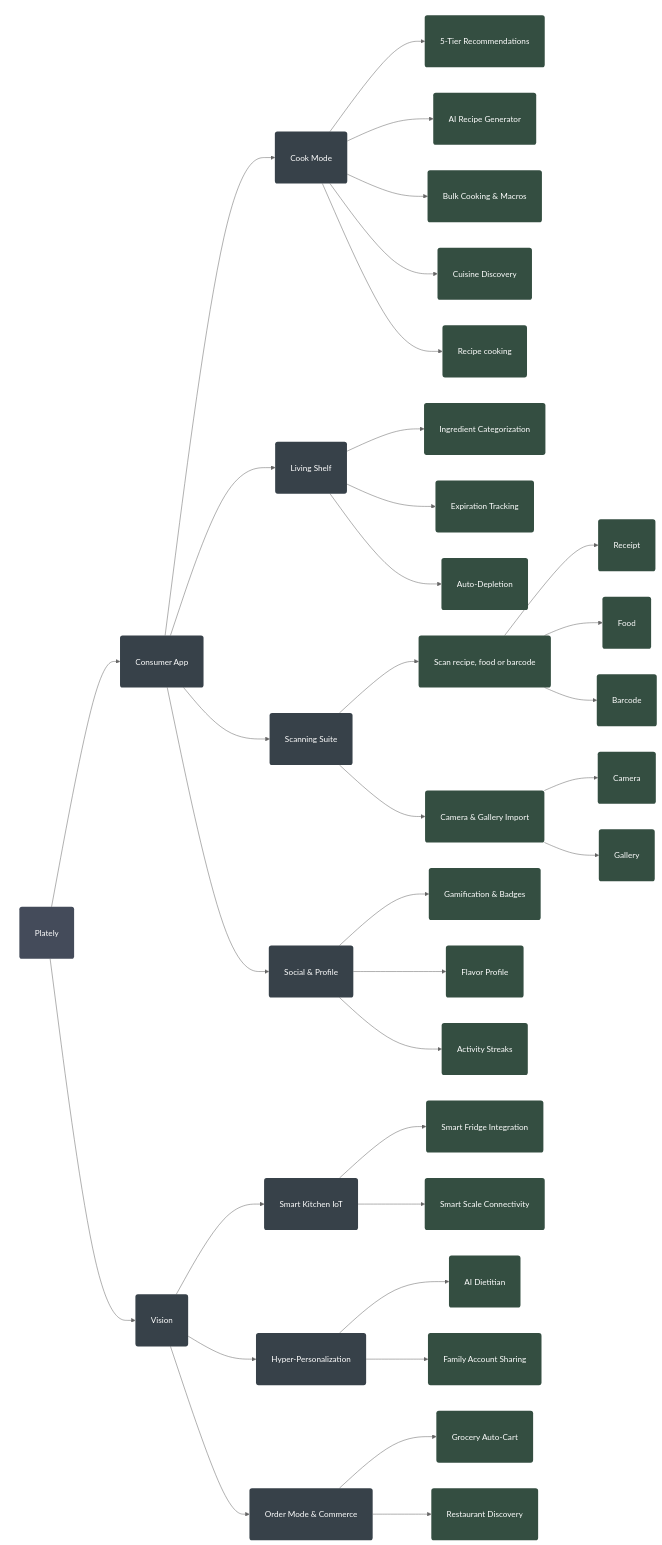
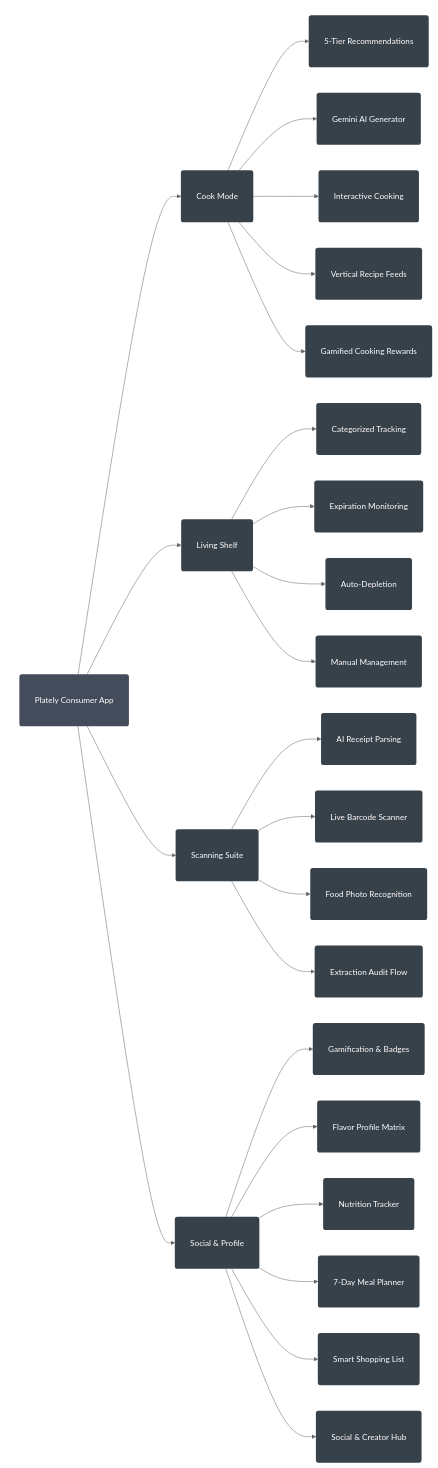
One commit to shukurillo0526/Plately changed the diagram in docs/ECOSYSTEM.md. Above: the diagram before and after it, drawn with Mermaid (neutral theme). The commit also changed other lines of this file, not shown here.

Commit message:
docs: deeply overhaul ecosystem map to perfectly match the 4 launch tabs based on the actual codebase screens

````diff
--- a/docs/ECOSYSTEM.md
+++ b/docs/ECOSYSTEM.md
@@ -41,70 +38,43 @@
 ```mermaid
 flowchart LR
     %% Styling to match the dark aesthetic
     classDef root fill:#444b5a,color:#fff,stroke:none,rx:5,ry:5,padding:20px;
     classDef level1 fill:#374149,color:#fff,stroke:none,rx:5,ry:5;
     classDef level2 fill:#374149,color:#fff,stroke:none,rx:5,ry:5;
     classDef level3 fill:#344e41,color:#fff,stroke:none,rx:5,ry:5;
 
-    Root["Plately"]:::root
+    Root["Plately Consumer App"]:::root
 
-    %% Level 1
-    Root --> App["Consumer App"]:::level1
-    Root --> Vision["Vision"]:::level1
+    %% Launch Tabs
+    Root --> Cook["Cook Mode"]:::level1
+    Root --> Shelf["Living Shelf"]:::level1
+    Root --> Scan["Scanning Suite"]:::level1
+    Root --> Profile["Social & Profile"]:::level1
 
-    %% Level 2 - App Modules
-    App --> Cook["Cook Mode"]:::level2
-    App --> Shelf["Living Shelf"]:::level2
-    App --> Scan["Scanning Suite"]:::level2
-    App --> Social["Social & Profile"]:::level2
+    %% Cook Features
+    Cook --> Rec["5-Tier Recommendations"]:::level2
+    Cook --> Gen["Gemini AI Generator"]:::level2
+    Cook --> Exec["Interactive Cooking"]:::level2
+    Cook --> Feed["Vertical Recipe Feeds"]:::level2
+    Cook --> Rew["Gamified Cooking Rewards"]:::level2
 
-    %% Level 3 - Cook
-    Cook --> Rec["5-Tier Recommendations"]:::level3
-    Cook --> Gen["AI Recipe Generator"]:::level3
-    Cook --> Bulk["Bulk Cooking & Macros"]:::level3
-    Cook --> Cuis["Cuisine Discovery"]:::level3
-    Cook --> Rcook["Recipe cooking"]:::level3
+    %% Shelf Features
+    Shelf --> Cat["Categorized Tracking"]:::level2
+    Shelf --> Exp["Expiration Monitoring"]:::level2
+    Shelf --> Dep["Auto-Depletion"]:::level2
+    Shelf --> Man["Manual Management"]:::level2
 
-    %% Level 3 - Shelf
-    Shelf --> Cat["Ingredient Categorization"]:::level3
-    Shelf --> Exp["Expiration Tracking"]:::level3
-    Shelf --> Dep["Auto-Depletion"]:::level3
+    %% Scan Features
+    Scan --> Receipt["AI Receipt Parsing"]:::level2
+    Scan --> Barcode["Live Barcode Scanner"]:::level2
+    Scan --> Photo["Food Photo Recognition"]:::level2
+    Scan --> Audit["Extraction Audit Flow"]:::level2
 
-    %% Level 3 - Scan
-    Scan --> SFood["Scan recipe, food or barcode"]:::level3
-    Scan --> SCal["Camera & Gallery Import"]:::level3
-
-
-    %% Level 3 - Social
-    Social --> Gam["Gamification & Badges"]:::level3
-    Social --> Fla["Flavor Profile"]:::level3
-    Social --> Str["Activity Streaks"]:::level3
-
-    %% Level 2 - Vision
-    Vision --> IoT["Smart Kitchen IoT"]:::level2
-    Vision --> Hyper["Hyper-Personalization"]:::level2
-    Vision --> Order["Order Mode & Commerce"]:::level2
-
-    %% Level 3 - Vision -> IoT
-    IoT --> Fridge["Smart Fridge Integration"]:::level3
-    IoT --> Scale["Smart Scale Connectivity"]:::level3
-
-    %% Level 3 - Vision -> Hyper
-    Hyper --> Diet["AI Dietitian"]:::level3
-    Hyper --> Fam["Family Account Sharing"]:::level3
-
-    %% Level 3 - Vision -> Order
-    Order --> Cart["Grocery Auto-Cart"]:::level3
-    Order --> Res["Restaurant Discovery"]:::level3
-
-    %% Level 4 - SFood
-    SFood --> Receipt["Receipt"]:::level3
-    SFood --> Food["Food"]:::level3
-    SFood --> Barcode["Barcode"]:::level3
-
-    %% Level 4 - SCal
-    SCal --> Camera["Camera"]:::level3
-    SCal --> Gallery["Gallery"]:::level3
-    
-    
+    %% Profile Features
+    Profile --> Gam["Gamification & Badges"]:::level2
+    Profile --> Flav["Flavor Profile Matrix"]:::level2
+    Profile --> Nutri["Nutrition Tracker"]:::level2
+    Profile --> Plan["7-Day Meal Planner"]:::level2
+    Profile --> Shop["Smart Shopping List"]:::level2
+    Profile --> Soc["Social & Creator Hub"]:::level2
 ```
````
